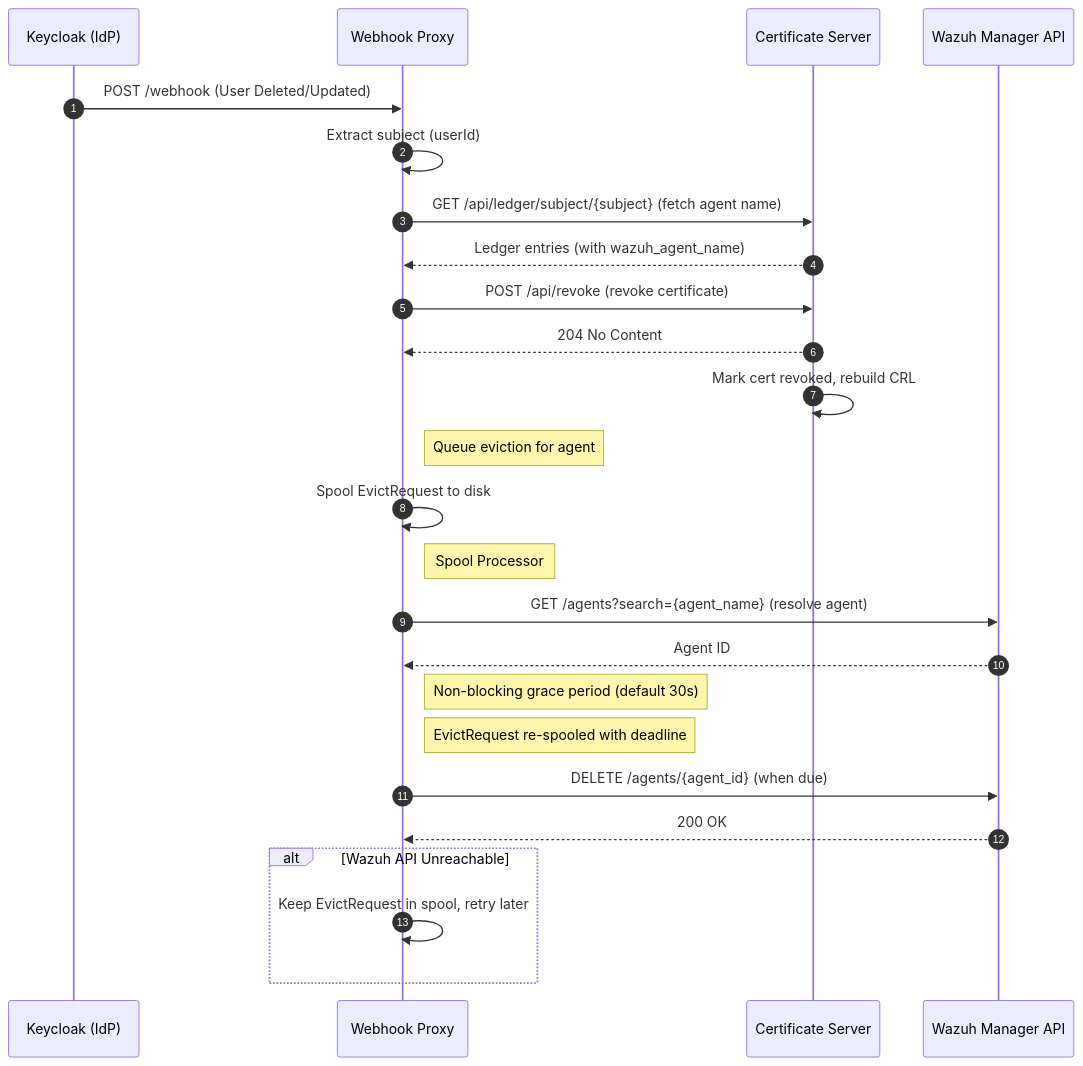
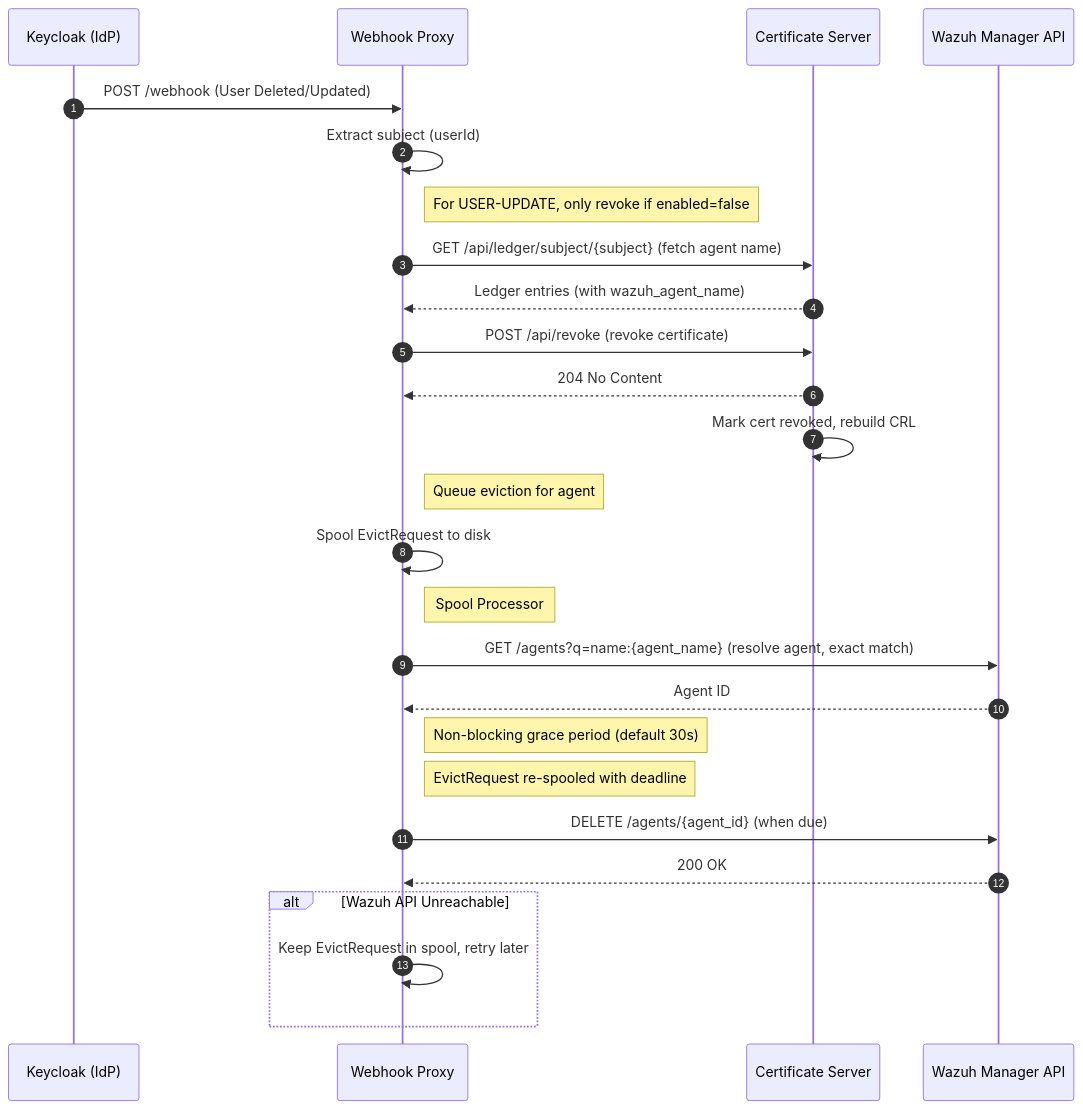
One commit to ADORSYS-GIS/wazuh-cert-oauth2 changed the fourth of 5 diagrams in docs/architecture.md. Above: the diagram before and after it, drawn with Mermaid. The commit also changed other lines of this file and 2 other files, not shown here.

Commit message:
docs: update README and architecture to clarify eviction logic and API interactions

````diff
--- a/docs/architecture.md
+++ b/docs/architecture.md
@@ -127,32 +128,33 @@
 ```mermaid
 sequenceDiagram
     autonumber
 
     participant Keycloak as Keycloak (IdP)
     participant Webhook as Webhook Proxy
     participant Server as Certificate Server
     participant Wazuh as Wazuh Manager API
 
     Keycloak->>Webhook: POST /webhook (User Deleted/Updated)
     Webhook->>Webhook: Extract subject (userId)
+    Note right of Webhook: For USER-UPDATE, only revoke if enabled=false
     Webhook->>Server: GET /api/ledger/subject/{subject} (fetch agent name)
     Server-->>Webhook: Ledger entries (with wazuh_agent_name)
     Webhook->>Server: POST /api/revoke (revoke certificate)
     Server-->>Webhook: 204 No Content
     Server->>Server: Mark cert revoked, rebuild CRL
 
     Note right of Webhook: Queue eviction for agent
     Webhook->>Webhook: Spool EvictRequest to disk
 
     Note right of Webhook: Spool Processor
-    Webhook->>Wazuh: GET /agents?search={agent_name} (resolve agent)
+    Webhook->>Wazuh: GET /agents?q=name:{agent_name} (resolve agent, exact match)
     Wazuh-->>Webhook: Agent ID
     Note right of Webhook: Non-blocking grace period (default 30s)
     Note right of Webhook: EvictRequest re-spooled with deadline
     Webhook->>Wazuh: DELETE /agents/{agent_id} (when due)
     Wazuh-->>Webhook: 200 OK
 
     alt Wazuh API Unreachable
         Webhook->>Webhook: Keep EvictRequest in spool, retry later
     end
 ```
````
